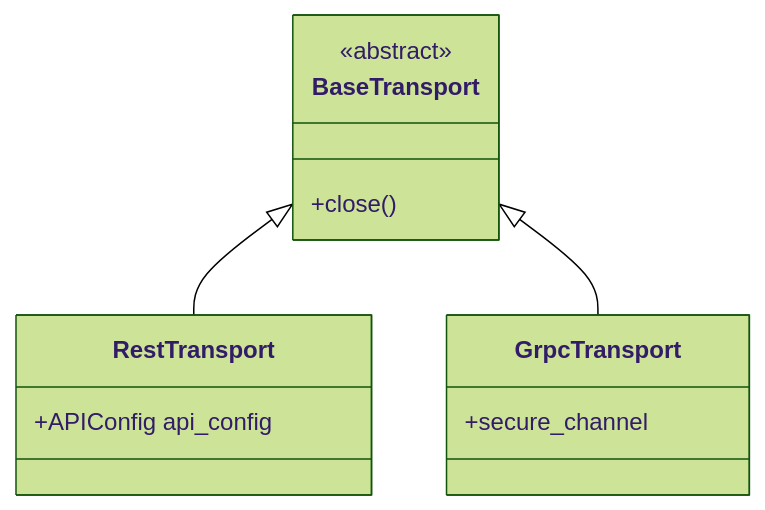
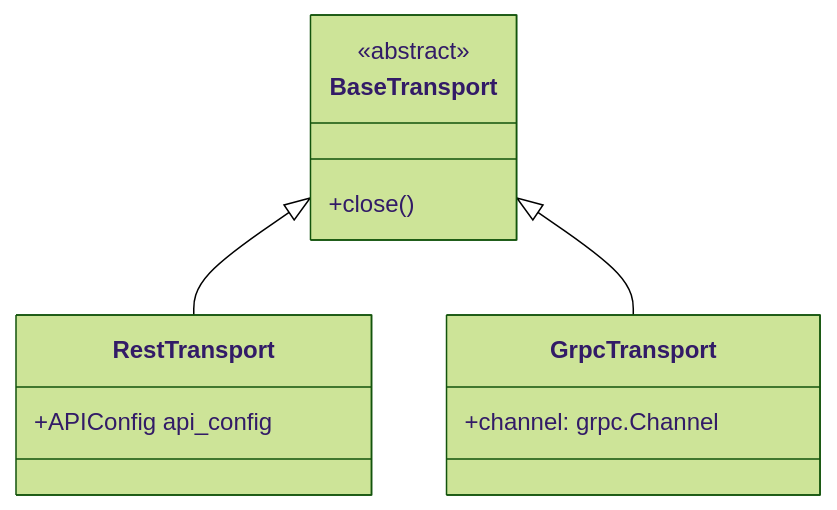
One commit to alexdearaujo/community_sdk_python changed the diagram in src/kentik_api/transports/README.md. Above: the diagram before and after it, drawn with Mermaid (forest theme). The commit also changed other lines of this file and 19 other files, not shown here.

````diff
--- a/src/kentik_api/transports/README.md
+++ b/src/kentik_api/transports/README.md
@@ -16,16 +16,16 @@
 ```mermaid
 classDiagram
     class BaseTransport {
         <<abstract>>
         +close()
     }
     class RestTransport {
         +APIConfig api_config
     }
     class GrpcTransport {
-        +secure_channel
+        +channel: grpc.Channel
     }
     BaseTransport <|-- RestTransport
     BaseTransport <|-- GrpcTransport
 
 ```
````
